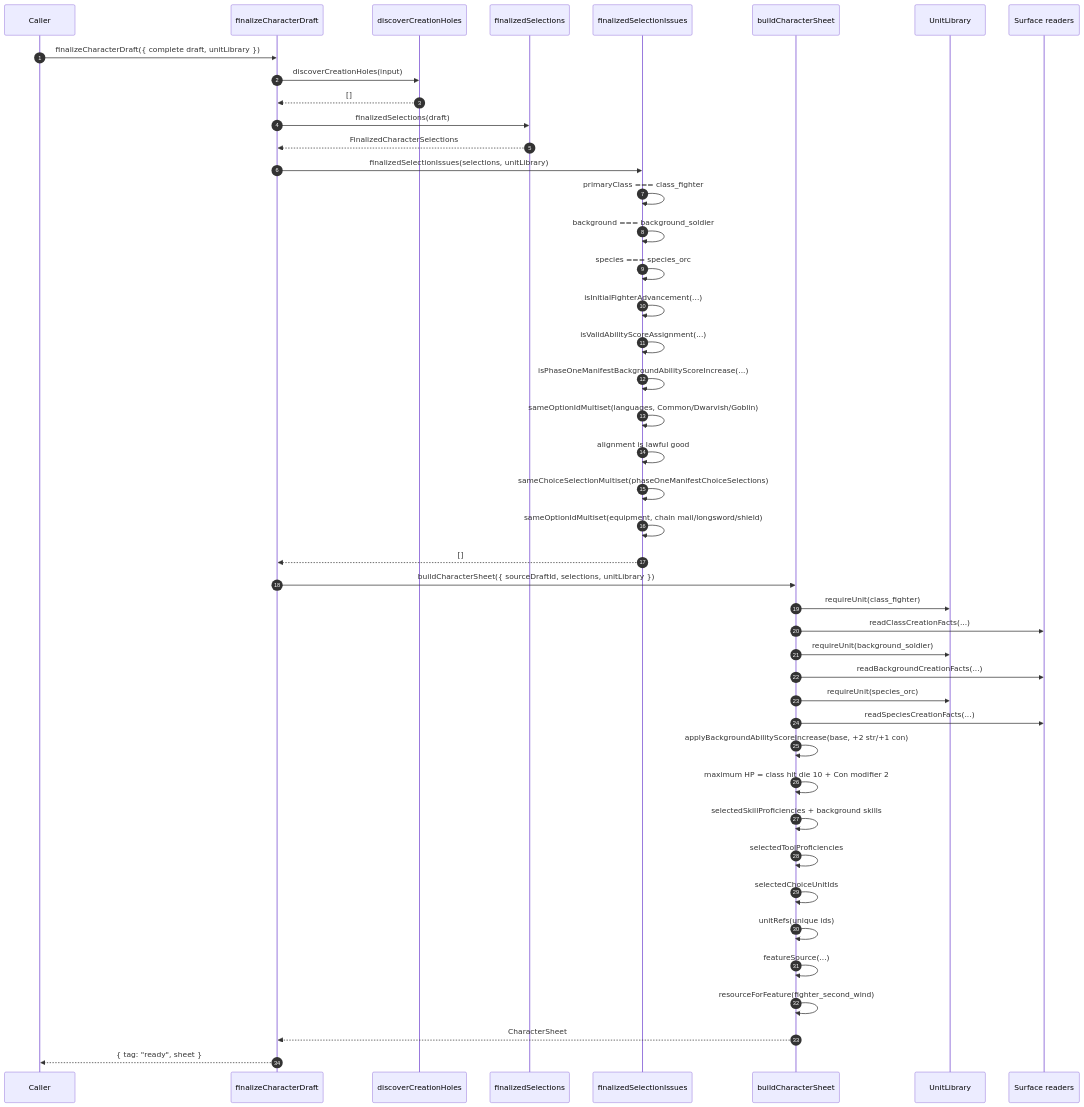
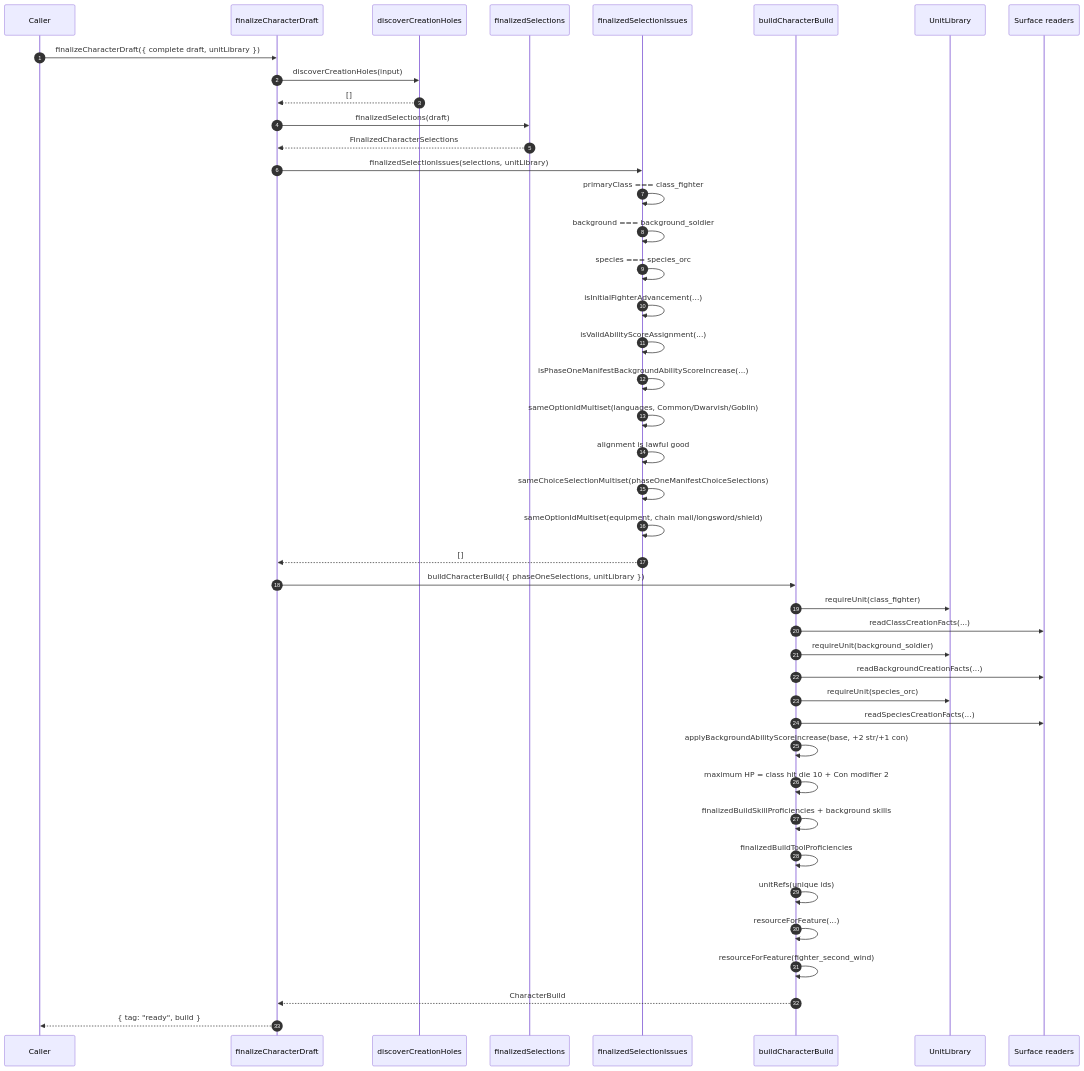
Before and after one commit to dearlordylord/5e-quint: the ninth of 10 diagrams in packages/character-creation-runtime/EXPLANATORY_TIME_DIAGRAM.md, drawn with Mermaid. The commit also changed other lines of this file and 11 other files, not shown here.

Commit message:
Split character creation runtime modules

````diff
--- a/packages/character-creation-runtime/EXPLANATORY_TIME_DIAGRAM.md
+++ b/packages/character-creation-runtime/EXPLANATORY_TIME_DIAGRAM.md
@@ -468,47 +471,46 @@
 ```mermaid
 sequenceDiagram
   autonumber
   participant Caller
   participant Runtime as finalizeCharacterDraft
   participant Discover as discoverCreationHoles
   participant Narrow as finalizedSelections
   participant Legal as finalizedSelectionIssues
-  participant Build as buildCharacterSheet
+  participant Build as buildCharacterBuild
   participant Catalog as UnitLibrary
   participant Surface as Surface readers
 
   Caller->>Runtime: finalizeCharacterDraft({ complete draft, unitLibrary })
   Runtime->>Discover: discoverCreationHoles(input)
   Discover-->>Runtime: []
   Runtime->>Narrow: finalizedSelections(draft)
   Narrow-->>Runtime: FinalizedCharacterSelections
   Runtime->>Legal: finalizedSelectionIssues(selections, unitLibrary)
   Legal->>Legal: primaryClass === class_fighter
   Legal->>Legal: background === background_soldier
   Legal->>Legal: species === species_orc
   Legal->>Legal: isInitialFighterAdvancement(...)
   Legal->>Legal: isValidAbilityScoreAssignment(...)
   Legal->>Legal: isPhaseOneManifestBackgroundAbilityScoreIncrease(...)
   Legal->>Legal: sameOptionIdMultiset(languages, Common/Dwarvish/Goblin)
   Legal->>Legal: alignment is lawful good
   Legal->>Legal: sameChoiceSelectionMultiset(phaseOneManifestChoiceSelections)
   Legal->>Legal: sameOptionIdMultiset(equipment, chain mail/longsword/shield)
   Legal-->>Runtime: []
-  Runtime->>Build: buildCharacterSheet({ sourceDraftId, selections, unitLibrary })
+  Runtime->>Build: buildCharacterBuild({ phaseOneSelections, unitLibrary })
   Build->>Catalog: requireUnit(class_fighter)
   Build->>Surface: readClassCreationFacts(...)
   Build->>Catalog: requireUnit(background_soldier)
   Build->>Surface: readBackgroundCreationFacts(...)
   Build->>Catalog: requireUnit(species_orc)
   Build->>Surface: readSpeciesCreationFacts(...)
   Build->>Build: applyBackgroundAbilityScoreIncrease(base, +2 str/+1 con)
   Build->>Build: maximum HP = class hit die 10 + Con modifier 2
-  Build->>Build: selectedSkillProficiencies + background skills
-  Build->>Build: selectedToolProficiencies
-  Build->>Build: selectedChoiceUnitIds
+  Build->>Build: finalizedBuildSkillProficiencies + background skills
+  Build->>Build: finalizedBuildToolProficiencies
   Build->>Build: unitRefs(unique ids)
-  Build->>Build: featureSource(...)
+  Build->>Build: resourceForFeature(...)
   Build->>Build: resourceForFeature(fighter_second_wind)
-  Build-->>Runtime: CharacterSheet
-  Runtime-->>Caller: { tag: "ready", sheet }
+  Build-->>Runtime: CharacterBuild
+  Runtime-->>Caller: { tag: "ready", build }
 ```
````
